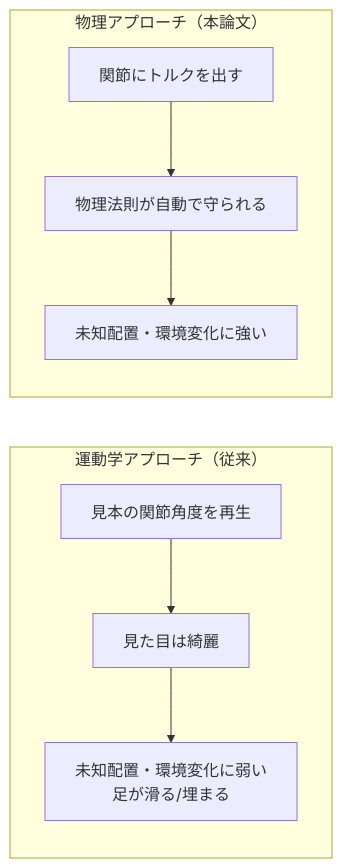
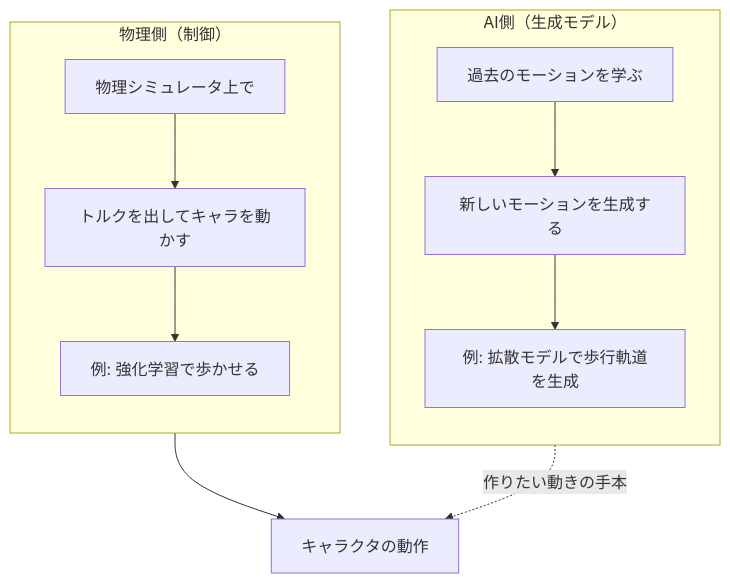
Before and after one commit to nam4k0/physical-character-book: the first of 3 diagrams in docs/00_はじめに.md, drawn with Mermaid. The commit also changed other lines of this file and 85 other files, not shown here.

````diff
--- a/docs/00_はじめに.md
+++ b/docs/00_はじめに.md
@@ -29,11 +20,15 @@
 ```mermaid
-flowchart LR
-    subgraph K["運動学アプローチ（従来）"]
-        K1["見本の関節角度を再生"] --> K2["見た目は綺麗"]
-        K2 --> K3["未知配置・環境変化に弱い<br/>足が滑る/埋まる"]
+flowchart TD
+    subgraph AI["AI側（生成モデル）"]
+        direction TB
+        A1["過去のモーションを学ぶ"] --> A2["新しいモーションを生成する"]
+        A2 --> A3["例: 拡散モデルで歩行軌道を生成"]
     end
-    subgraph P["物理アプローチ（本論文）"]
-        P1["関節にトルクを出す"] --> P2["物理法則が自動で守られる"]
-        P2 --> P3["未知配置・環境変化に強い"]
+    subgraph PH["物理側（制御）"]
+        direction TB
+        B1["物理シミュレータ上で"] --> B2["トルクを出してキャラを動かす"]
+        B2 --> B3["例: 強化学習で歩かせる"]
     end
+    A3 -.->|"作りたい動きの手本"| C["キャラクタの動作"]
+    B3 --> C
 ```
````
